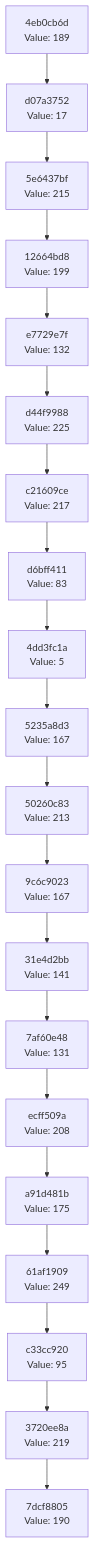
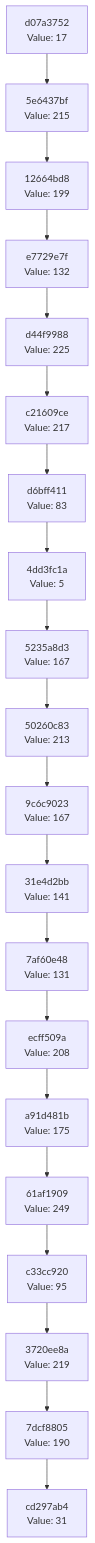
The diagram in docs/CHAIN_VISUALIZATION.md (Abhisheksinha1506/hash-chain-evolver), drawn with Mermaid before and after one commit. The commit also changed 2 other files, not shown here.

Commit message:
Evolution step: hash 0x1F → action executed

````diff
--- a/docs/CHAIN_VISUALIZATION.md
+++ b/docs/CHAIN_VISUALIZATION.md
@@ -3,42 +3,42 @@
 ```mermaid
 graph TD
-    C0["7dcf8805<br/>Value: 190"]
-    C1["3720ee8a<br/>Value: 219"]
+    C0["cd297ab4<br/>Value: 31"]
+    C1["7dcf8805<br/>Value: 190"]
     C1 --> C0
-    C2["c33cc920<br/>Value: 95"]
+    C2["3720ee8a<br/>Value: 219"]
     C2 --> C1
-    C3["61af1909<br/>Value: 249"]
+    C3["c33cc920<br/>Value: 95"]
     C3 --> C2
-    C4["a91d481b<br/>Value: 175"]
+    C4["61af1909<br/>Value: 249"]
     C4 --> C3
-    C5["ecff509a<br/>Value: 208"]
+    C5["a91d481b<br/>Value: 175"]
     C5 --> C4
-    C6["7af60e48<br/>Value: 131"]
+    C6["ecff509a<br/>Value: 208"]
     C6 --> C5
-    C7["31e4d2bb<br/>Value: 141"]
+    C7["7af60e48<br/>Value: 131"]
     C7 --> C6
-    C8["9c6c9023<br/>Value: 167"]
+    C8["31e4d2bb<br/>Value: 141"]
     C8 --> C7
-    C9["50260c83<br/>Value: 213"]
+    C9["9c6c9023<br/>Value: 167"]
     C9 --> C8
-    C10["5235a8d3<br/>Value: 167"]
+    C10["50260c83<br/>Value: 213"]
     C10 --> C9
-    C11["4dd3fc1a<br/>Value: 5"]
+    C11["5235a8d3<br/>Value: 167"]
     C11 --> C10
-    C12["d6bff411<br/>Value: 83"]
+    C12["4dd3fc1a<br/>Value: 5"]
     C12 --> C11
-    C13["c21609ce<br/>Value: 217"]
+    C13["d6bff411<br/>Value: 83"]
     C13 --> C12
-    C14["d44f9988<br/>Value: 225"]
+    C14["c21609ce<br/>Value: 217"]
     C14 --> C13
-    C15["e7729e7f<br/>Value: 132"]
+    C15["d44f9988<br/>Value: 225"]
     C15 --> C14
-    C16["12664bd8<br/>Value: 199"]
+    C16["e7729e7f<br/>Value: 132"]
     C16 --> C15
-    C17["5e6437bf<br/>Value: 215"]
+    C17["12664bd8<br/>Value: 199"]
     C17 --> C16
-    C18["d07a3752<br/>Value: 17"]
+    C18["5e6437bf<br/>Value: 215"]
     C18 --> C17
-    C19["4eb0cb6d<br/>Value: 189"]
+    C19["d07a3752<br/>Value: 17"]
     C19 --> C18
 ```
````
